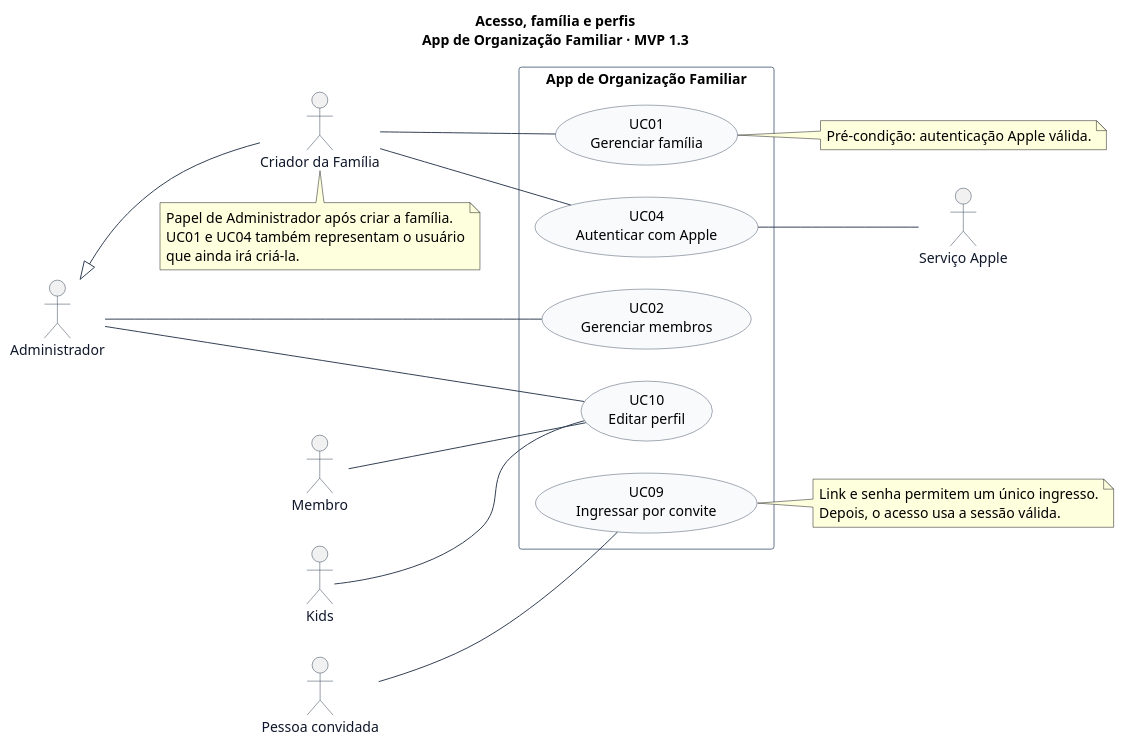
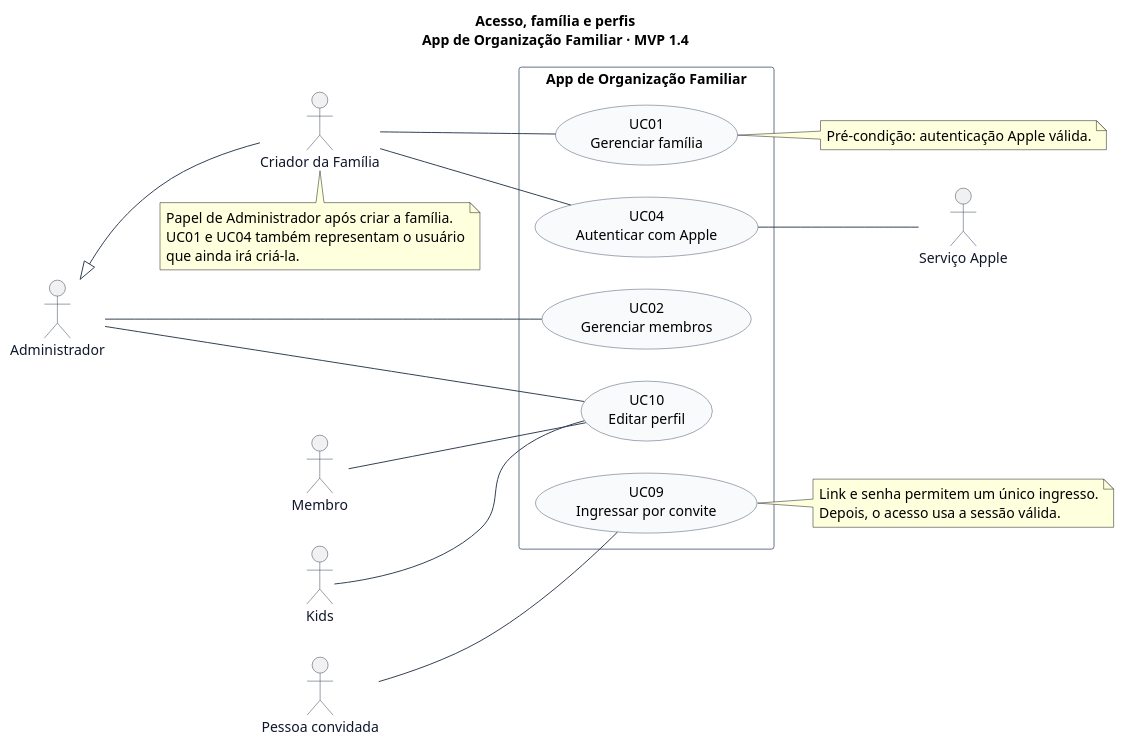
The diagram in docs/diagramas/casos-de-uso/02-acesso-familia-perfis.puml (lizandramalta/App-Rotina-Familiar), drawn with PlantUML before and after one commit. The commit also changed 20 other files, not shown here.

```diff
--- a/docs/diagramas/casos-de-uso/02-acesso-familia-perfis.puml
+++ b/docs/diagramas/casos-de-uso/02-acesso-familia-perfis.puml
@@ -1,56 +1,56 @@
 @startuml
 ' Fonte editável. Renderização: java -jar plantuml.jar -charset UTF-8 -tsvg *.puml
 left to right direction
 skinparam shadowing false
 skinparam backgroundColor white
 skinparam defaultFontName SansSerif
 skinparam defaultFontSize 14
 skinparam ArrowColor #334155
 skinparam actorBorderColor #334155
 skinparam actorFontColor #0F172A
 skinparam usecaseBackgroundColor #F8FAFC
 skinparam usecaseBorderColor #475569
 skinparam rectangleBorderColor #64748B
 skinparam packageStyle rectangle
 skinparam nodesep 32
 skinparam ranksep 55
-title Acesso, família e perfis\nApp de Organização Familiar · MVP 1.3
+title Acesso, família e perfis\nApp de Organização Familiar · MVP 1.4
 
 actor "Administrador" as Admin
 actor "Membro" as Membro
 actor "Kids" as Kids
 actor "Criador da Família" as Criador
 actor "Pessoa convidada" as Convidado
 actor "Serviço Apple" as Apple
 
 rectangle "App de Organização Familiar" {
   usecase "UC01\nGerenciar família" as UC01
   usecase "UC02\nGerenciar membros" as UC02
   usecase "UC04\nAutenticar com Apple" as UC04
   usecase "UC09\nIngressar por convite" as UC09
   usecase "UC10\nEditar perfil" as UC10
 }
 
 Admin -- UC02
 Admin -- UC10
 Membro -- UC10
 Kids -- UC10
 Criador -- UC01
 Criador -- UC04
 Convidado -- UC09
 UC04 -- Apple
 Criador -up-|> Admin
 note bottom of Criador
   Papel de Administrador após criar a família.
   UC01 e UC04 também representam o usuário
   que ainda irá criá-la.
 end note
 note right of UC01
   Pré-condição: autenticação Apple válida.
 end note
 note right of UC09
   Link e senha permitem um único ingresso.
   Depois, o acesso usa a sessão válida.
 end note
 
 @enduml
```
